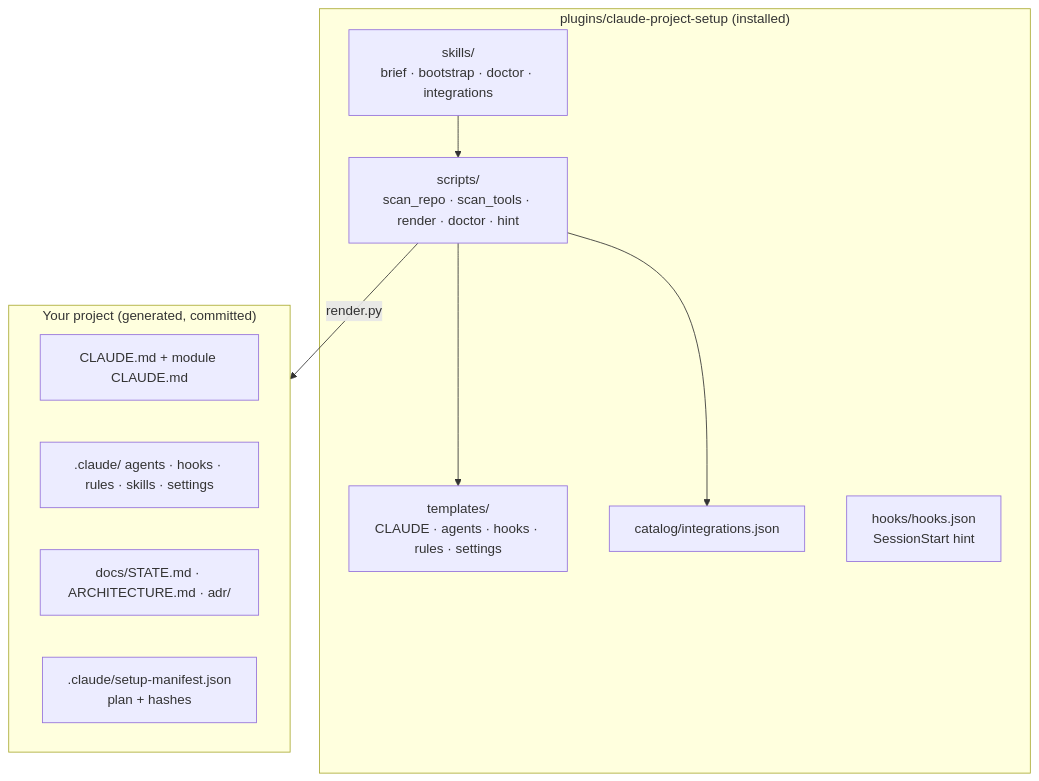
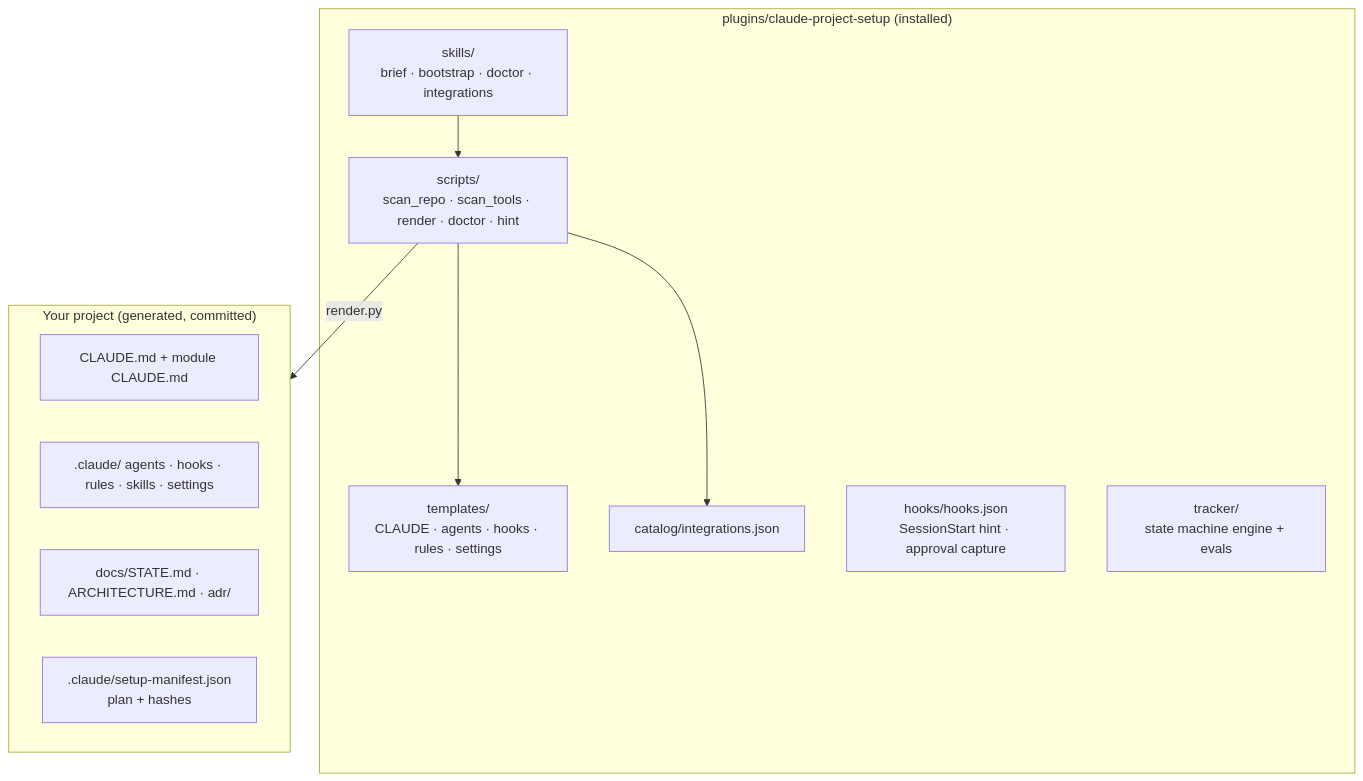
One commit to sarveshtalele/claude-project-setup changed the first of 2 diagrams in docs/architecture.md. Above: the diagram before and after it, drawn with Mermaid. The commit also changed other lines of this file and 49 other files, not shown here.

First line of the commit message:
feat: state machines with user-sourced approvals (roadmap P1-P2)

````diff
--- a/docs/architecture.md
+++ b/docs/architecture.md
@@ -3,20 +3,21 @@
 ```mermaid
 flowchart TB
     subgraph Plugin["plugins/claude-project-setup (installed)"]
       SK["skills/<br/>brief · bootstrap · doctor · integrations"]
       SC["scripts/<br/>scan_repo · scan_tools · render · doctor · hint"]
       TP["templates/<br/>CLAUDE · agents · hooks · rules · settings"]
       CA["catalog/integrations.json"]
-      HK["hooks/hooks.json<br/>SessionStart hint"]
+      HK["hooks/hooks.json<br/>SessionStart hint · approval capture"]
+      TR["tracker/<br/>state machine engine + evals"]
     end
     subgraph Project["Your project (generated, committed)"]
       CM["CLAUDE.md + module CLAUDE.md"]
       CL[".claude/ agents · hooks · rules · skills · settings"]
       DO["docs/STATE.md · ARCHITECTURE.md · adr/"]
       MF[".claude/setup-manifest.json<br/>plan + hashes"]
     end
     SK --> SC
     SC --> TP
     SC --> CA
     SC -- "render.py" --> Project
 ```
````
